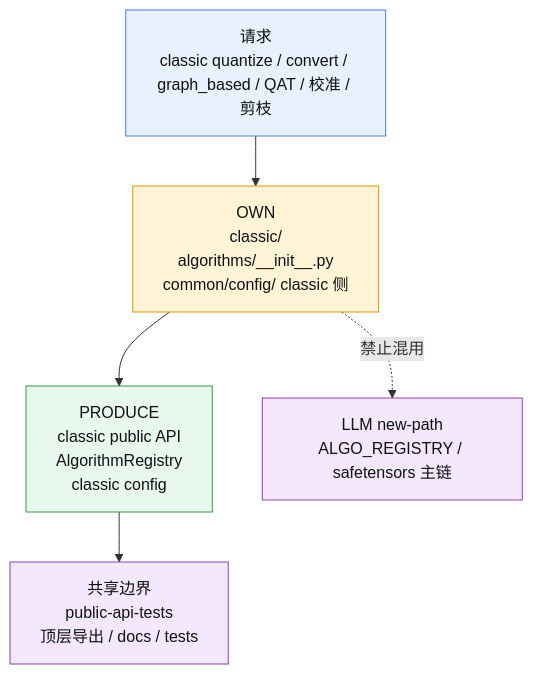
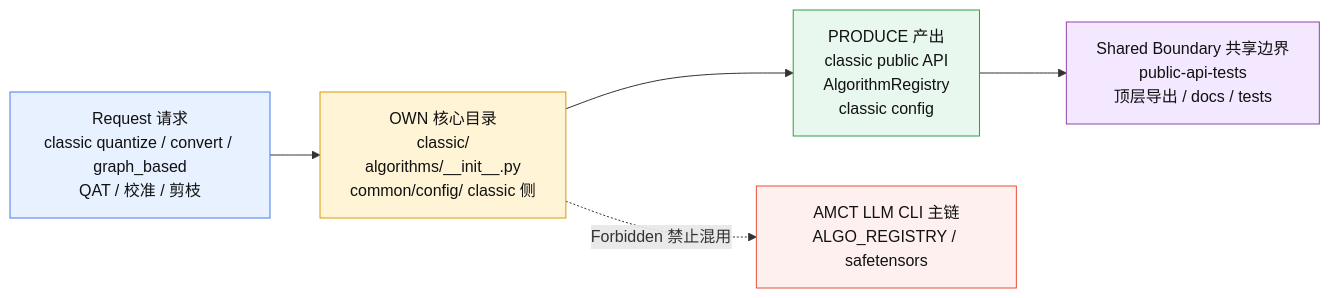
One commit to Atlas-Ascend-Fork/amct changed the ninth of 11 diagrams in .agents/docs/amct-coder-module-analysis.md. Above: the diagram before and after it, drawn with Mermaid. The commit also changed other lines of this file, not shown here.

````diff
--- a/.agents/docs/amct-coder-module-analysis.md
+++ b/.agents/docs/amct-coder-module-analysis.md
@@ -267,16 +325,18 @@
 ```mermaid
-flowchart TB
-    A["请求<br/>classic quantize / convert / graph_based / QAT / 校准 / 剪枝"] --> B["OWN<br/>classic/<br/>algorithms/__init__.py<br/>common/config/ classic 侧"]
-    B --> C["PRODUCE<br/>classic public API<br/>AlgorithmRegistry<br/>classic config"]
-    C --> D["共享边界<br/>public-api-tests<br/>顶层导出 / docs / tests"]
-    B -. "禁止混用" .-> E["LLM new-path<br/>ALGO_REGISTRY / safetensors 主链"]
+flowchart LR
+    A["Request 请求<br/>classic quantize / convert / graph_based<br/>QAT / 校准 / 剪枝"] --> B["OWN 核心目录<br/>classic/<br/>algorithms/__init__.py<br/>common/config/ classic 侧"]
+    B --> C["PRODUCE 产出<br/>classic public API<br/>AlgorithmRegistry<br/>classic config"]
+    C --> D["Shared Boundary 共享边界<br/>public-api-tests<br/>顶层导出 / docs / tests"]
+    B -. "Forbidden 禁止混用" .-> E["AMCT LLM CLI 主链<br/>ALGO_REGISTRY / safetensors"]
 
     classDef entry fill:#e8f1ff,stroke:#4b7bec,stroke-width:1px,color:#111;
     classDef core fill:#fff4d6,stroke:#d99a00,stroke-width:1px,color:#111;
     classDef data fill:#e9f8ef,stroke:#2f9e44,stroke-width:1px,color:#111;
     classDef out fill:#f3e8ff,stroke:#8e44ad,stroke-width:1px,color:#111;
+    classDef forbid fill:#fff0f0,stroke:#e74c3c,stroke-width:1px,color:#111;
     class A entry;
     class B core;
     class C data;
-    class D,E out;
+    class D out;
+    class E forbid;
 ```
````
